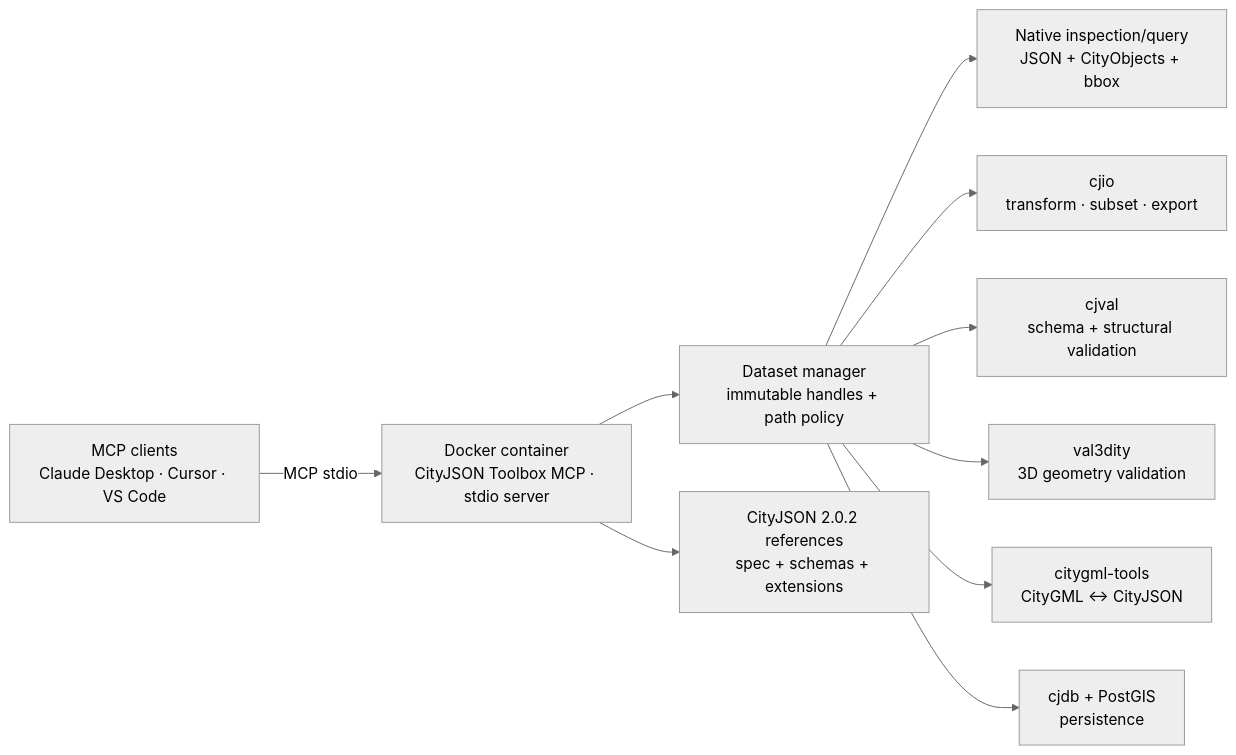
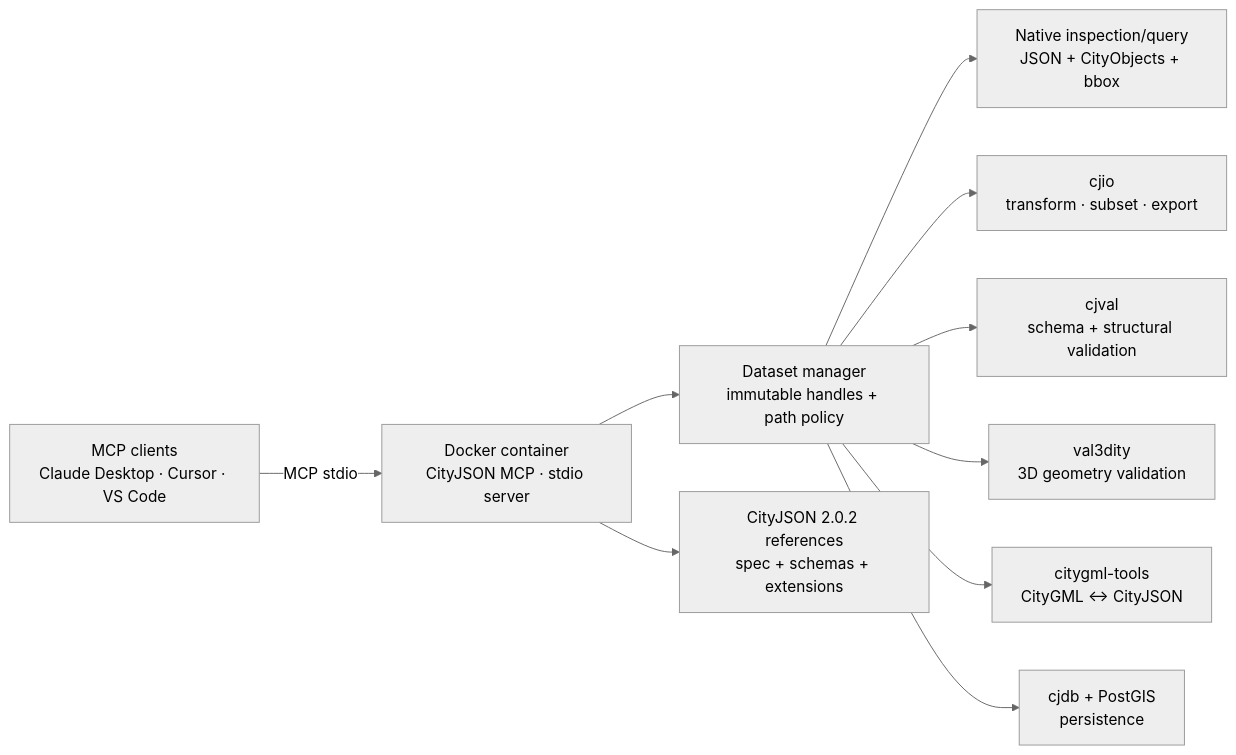
The first of 4 diagrams in README.md (Yarroudh/cityjson-mcp), drawn with Mermaid (neutral theme) before and after one commit. The commit also changed other lines of this file and 13 other files, not shown here.

````diff
--- a/README.md
+++ b/README.md
@@ -20,23 +20,23 @@
 ```mermaid
 flowchart LR
   CLIENT["MCP clients<br/>Claude Desktop · Cursor · VS Code"]
-  SERVER["Docker container<br/>CityJSON Toolbox MCP · stdio server"]
+  SERVER["Docker container<br/>CityJSON MCP · stdio server"]
   CORE["Dataset manager<br/>immutable handles + path policy"]
   NATIVE["Native inspection/query<br/>JSON + CityObjects + bbox"]
   CJIO["cjio<br/>transform · subset · export"]
   CJVAL["cjval<br/>schema + structural validation"]
   VAL3["val3dity<br/>3D geometry validation"]
   CGML["citygml-tools<br/>CityGML ↔ CityJSON"]
   CJDB["cjdb + PostGIS<br/>persistence"]
   KNOW["CityJSON 2.0.2 references<br/>spec + schemas + extensions"]
 
   CLIENT -->|MCP stdio| SERVER
   SERVER --> CORE
   CORE --> NATIVE
   CORE --> CJIO
   CORE --> CJVAL
   CORE --> VAL3
   CORE --> CGML
   CORE --> CJDB
   SERVER --> KNOW
 ```
````
